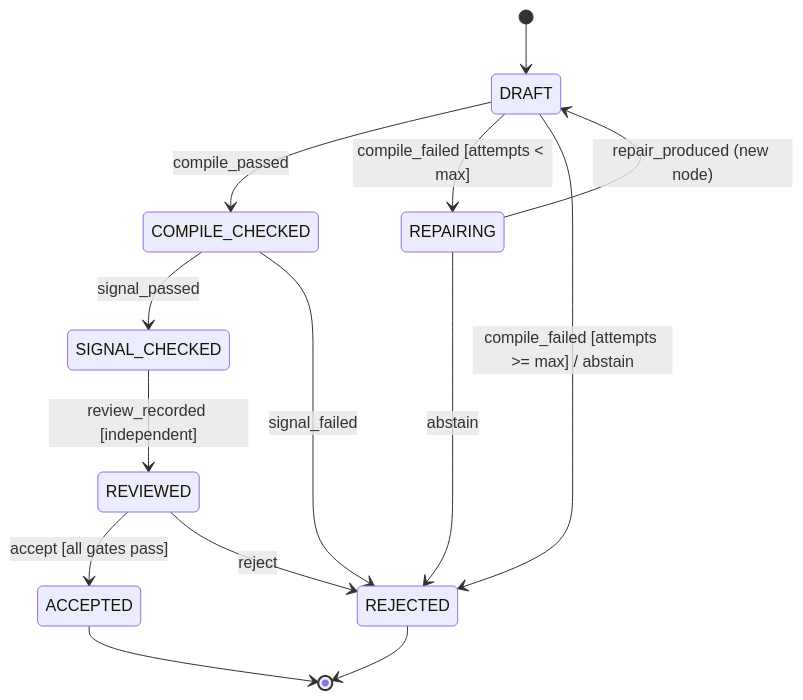
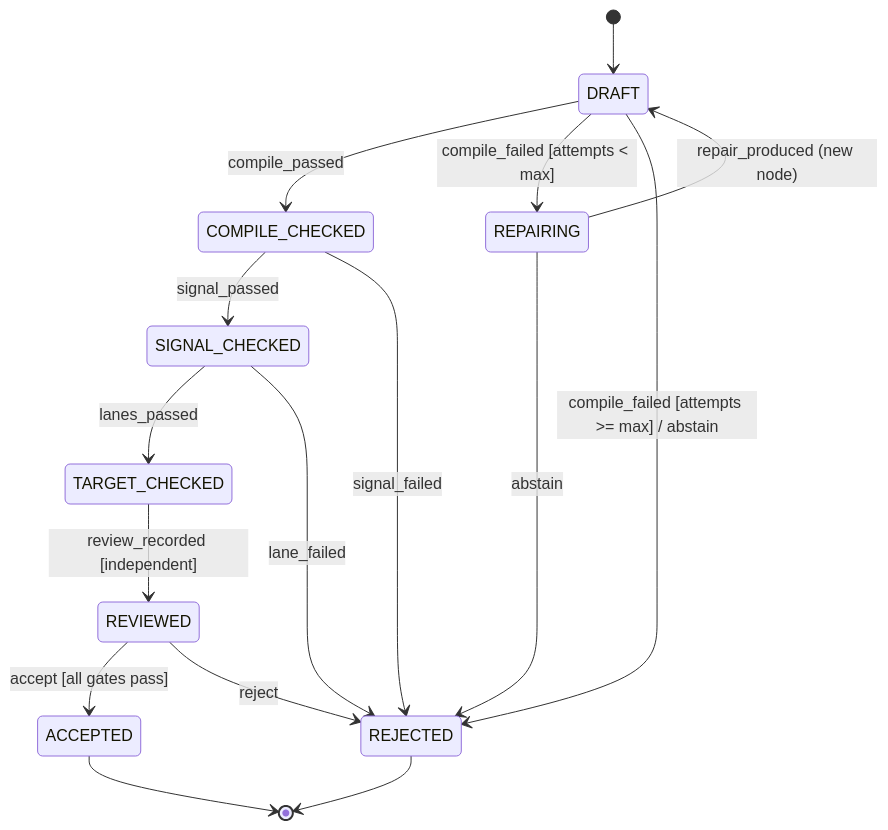
One commit to Zero-State-LLC/BlackDog changed the second of 4 diagrams in specs/001-faustcoder/spec.md. Above: the diagram before and after it, drawn with Mermaid. The commit also changed other lines of this file and 16 other files, not shown here.

````diff
--- a/specs/001-faustcoder/spec.md
+++ b/specs/001-faustcoder/spec.md
@@ -157,16 +187,18 @@
 ```mermaid
 stateDiagram-v2
     [*] --> DRAFT
     DRAFT --> COMPILE_CHECKED: compile_passed
     DRAFT --> REPAIRING: compile_failed [attempts < max]
     DRAFT --> REJECTED: compile_failed [attempts >= max] / abstain
     REPAIRING --> DRAFT: repair_produced (new node)
     REPAIRING --> REJECTED: abstain
     COMPILE_CHECKED --> SIGNAL_CHECKED: signal_passed
     COMPILE_CHECKED --> REJECTED: signal_failed
-    SIGNAL_CHECKED --> REVIEWED: review_recorded [independent]
+    SIGNAL_CHECKED --> TARGET_CHECKED: lanes_passed
+    SIGNAL_CHECKED --> REJECTED: lane_failed
+    TARGET_CHECKED --> REVIEWED: review_recorded [independent]
     REVIEWED --> ACCEPTED: accept [all gates pass]
     REVIEWED --> REJECTED: reject
     ACCEPTED --> [*]
     REJECTED --> [*]
 ```
````
